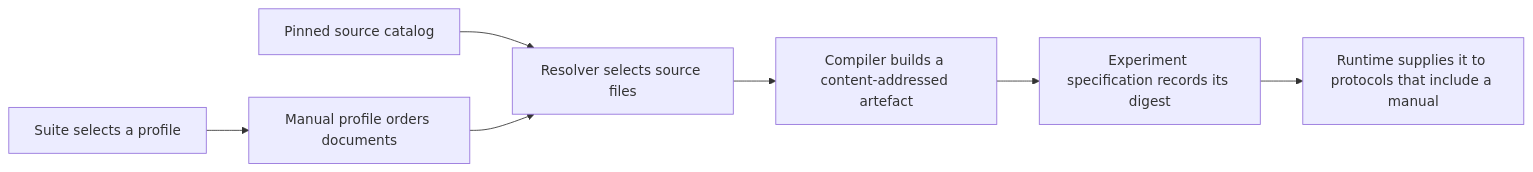
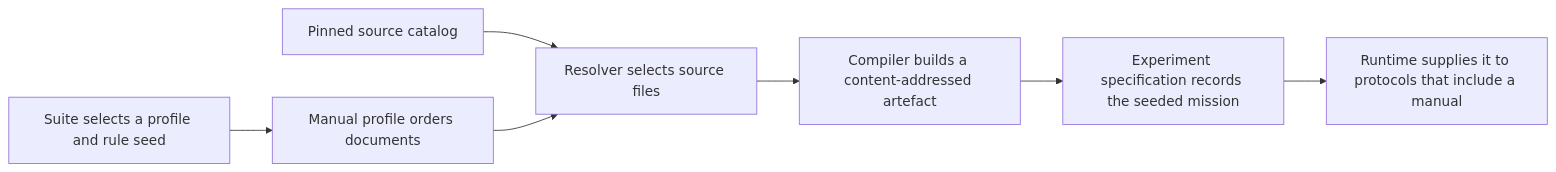
One commit to GPTNT/gptnt changed the diagram in docs/understand/manuals-and-rule-seeds.md. Above: the diagram before and after it, drawn with Mermaid. The commit also changed other lines of this file and 46 other files, not shown here.

Commit message:
feat(manual): support custom rule seed per suite

````diff
--- a/docs/understand/manuals-and-rule-seeds.md
+++ b/docs/understand/manuals-and-rule-seeds.md
@@ -15,9 +15,9 @@
 ```mermaid
 flowchart LR
-    S["Suite selects a profile"] --> P["Manual profile orders documents"]
+    S["Suite selects a profile and rule seed"] --> P["Manual profile orders documents"]
     T["Pinned source catalog"] --> R["Resolver selects source files"]
     P --> R
     R --> C["Compiler builds a content-addressed artefact"]
-    C --> E["Experiment specification records its digest"]
+    C --> E["Experiment specification records the seeded mission"]
     E --> U["Runtime supplies it to protocols that include a manual"]
 ```
````
